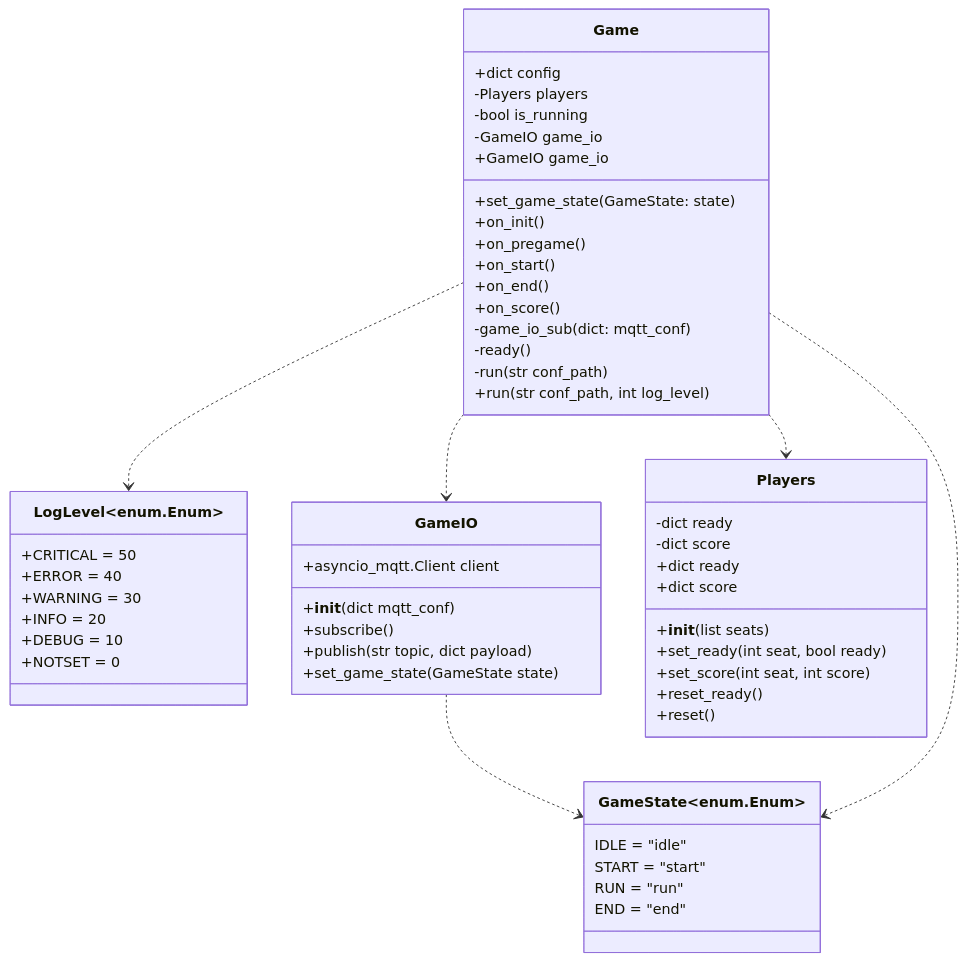
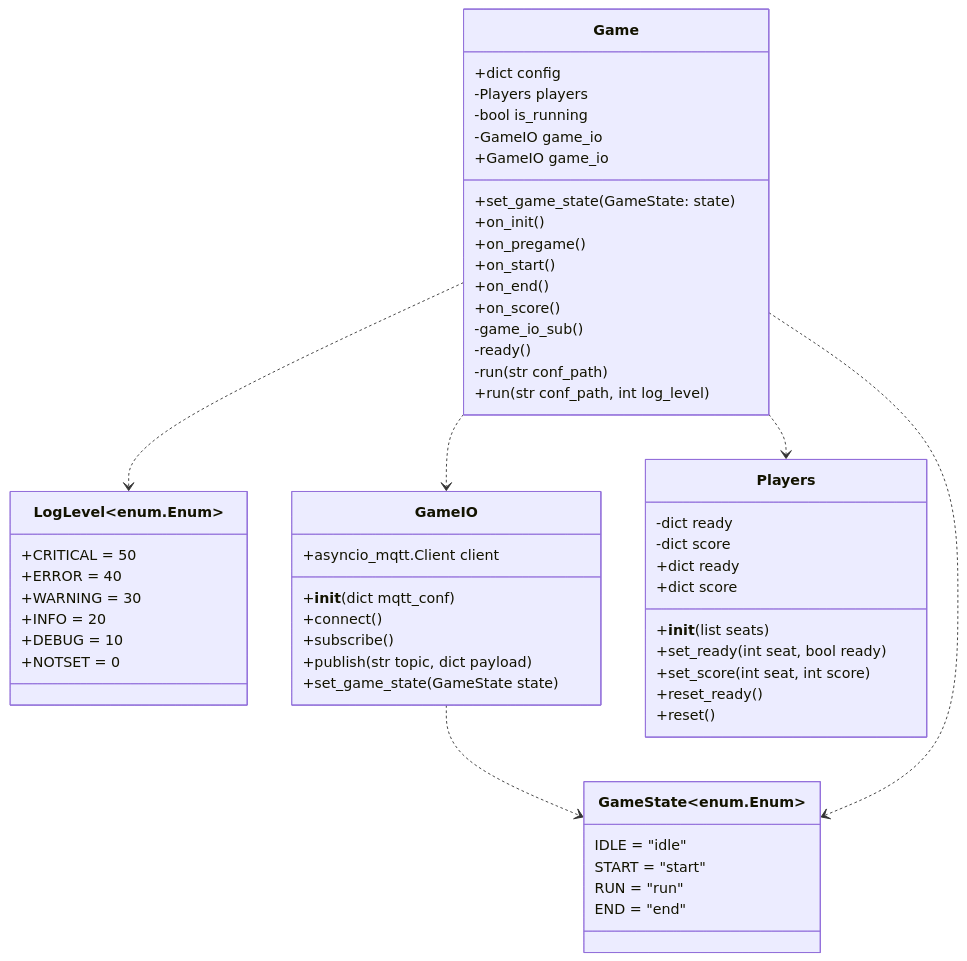
Before and after one commit to 4D-Game/Gamecontrol: the diagram in docs/sdk/index.md, drawn with Mermaid. The commit also changed 3 other files, not shown here.

Commit message:
REWORK GameIO connect, ADD Errorhandling for main loop

````diff
--- a/docs/sdk/index.md
+++ b/docs/sdk/index.md
@@ -5,62 +5,63 @@
 ```mermaid
 classDiagram
   class Game{
     +dict config
     -Players players
     -bool is_running
     -GameIO game_io
     +GameIO game_io
     +set_game_state(GameState: state)
     +on_init()
     +on_pregame()
     +on_start()
     +on_end()
     +on_score()
-    -game_io_sub(dict: mqtt_conf)
+    -game_io_sub()
     -ready()
     -run(str conf_path)
     +run(str conf_path, int log_level)
   }
 
   class LogLevel~enum.Enum~{
     +CRITICAL = 50
     +ERROR = 40
     +WARNING = 30
     +INFO = 20
     +DEBUG = 10
     +NOTSET = 0
   }
   Game ..> LogLevel
 
   class GameIO{
     +asyncio_mqtt.Client client
     +__init__(dict mqtt_conf)
+    +connect()
     +subscribe()
     +publish(str topic, dict payload)
     +set_game_state(GameState state)
   }
   Game ..> GameIO
 
 
   class GameState~enum.Enum~{
     IDLE = "idle"
     START = "start"
     RUN = "run"
     END = "end"
   }
   GameIO ..> GameState
   Game ..> GameState
 
   class Players {
     -dict ready
     -dict score
     +dict ready
     +dict score
     +__init__(list seats)
     +set_ready(int seat, bool ready)
     +set_score(int seat, int score)
     +reset_ready()
     +reset()
   }
   Game ..> Players
 ```
````
